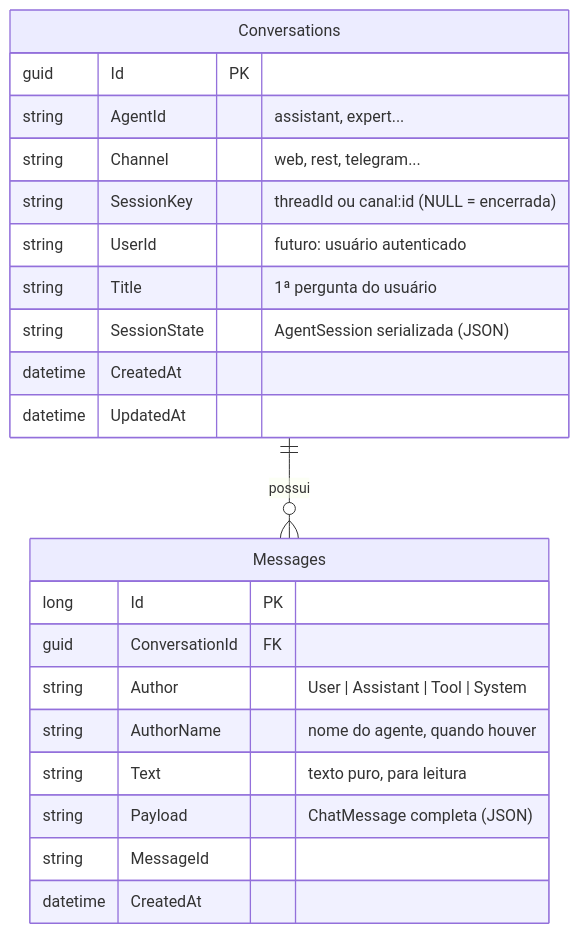
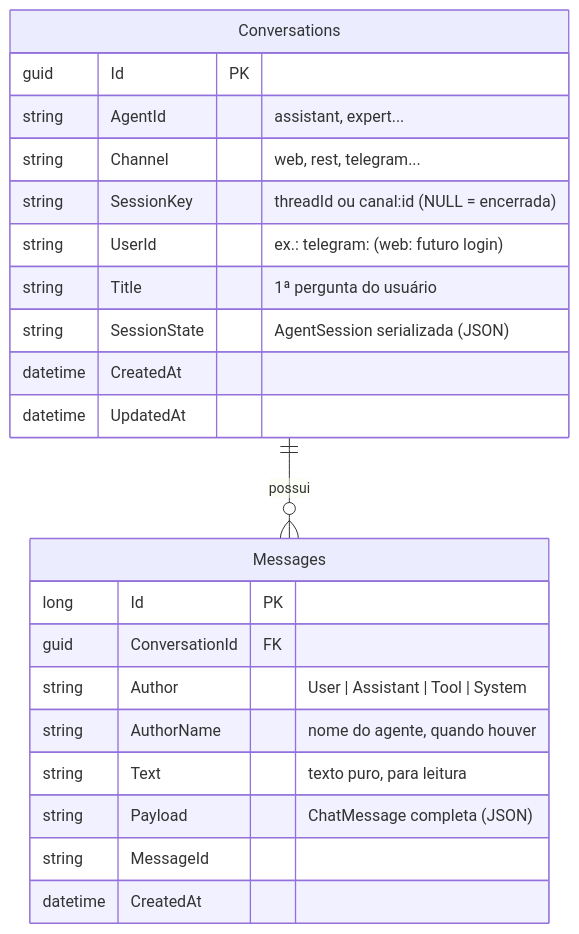
Before and after one commit to rflsouza/ChatBot: the third of 4 diagrams in README.md, drawn with Mermaid. The commit also changed other lines of this file and 14 other files, not shown here.

````diff
--- a/README.md
+++ b/README.md
@@ -412,25 +424,25 @@
 ```mermaid
 erDiagram
     Conversations ||--o{ Messages : possui
     Conversations {
         guid Id PK
         string AgentId "assistant, expert..."
         string Channel "web, rest, telegram..."
         string SessionKey "threadId ou canal:id (NULL = encerrada)"
-        string UserId "futuro: usuário autenticado"
+        string UserId "ex.: telegram:<id> (web: futuro login)"
         string Title "1ª pergunta do usuário"
         string SessionState "AgentSession serializada (JSON)"
         datetime CreatedAt
         datetime UpdatedAt
     }
     Messages {
         long Id PK
         guid ConversationId FK
         string Author "User | Assistant | Tool | System"
         string AuthorName "nome do agente, quando houver"
         string Text "texto puro, para leitura"
         string Payload "ChatMessage completa (JSON)"
         string MessageId
         datetime CreatedAt
     }
 ```
````
